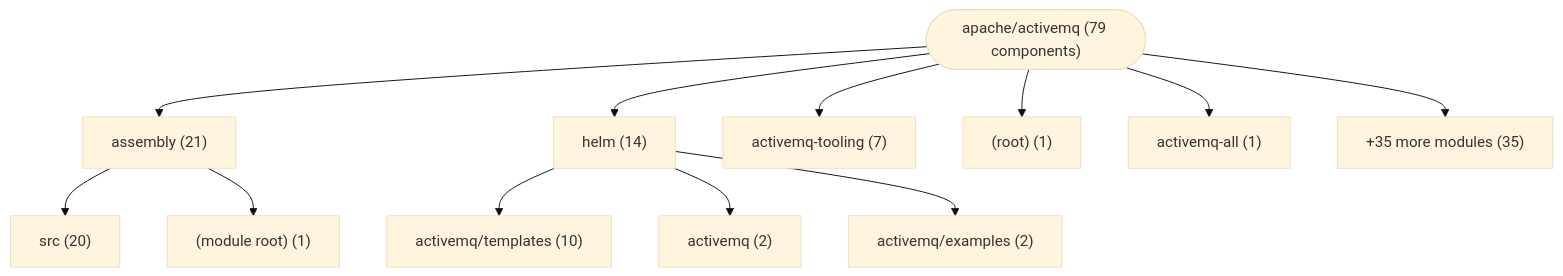
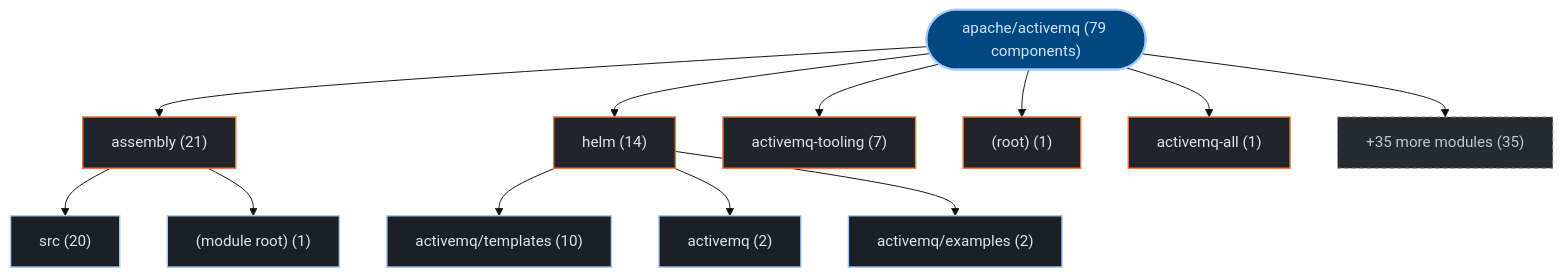
The first of 3 diagrams in exports/latest/reports/apache-activemq-report.md (kumarshaz/atruss-code-atlas), drawn with Mermaid (base theme) before and after one commit. The commit also changed other lines of this file and 331 other files, not shown here.

Commit message:
docs,ui,fix: update SDLC docs, reorder CI/CD DAG first, stylize Mermaid, and fix Arc42 pipeline topology

````diff
--- a/exports/latest/reports/apache-activemq-report.md
+++ b/exports/latest/reports/apache-activemq-report.md
@@ -42,26 +42,33 @@
 ```mermaid
 graph TD;
-    repo_root(["apache/activemq (79 components)"])
-    dir_0_assembly["assembly (21)"]
+  classDef atlasRoot fill:#004882,stroke:#a3c9ff,stroke-width:2px,color:#d3e4ff
+  classDef atlasCategory fill:#212428,stroke:#E87A48,stroke-width:1.5px,color:#dfe3eb
+  classDef atlasWorkflow fill:#1b2026,stroke:#a3c9ff,stroke-width:1.5px,color:#dfe3eb
+  classDef atlasJob fill:#171c22,stroke:#8d9199,stroke-width:1px,color:#dfe3eb
+  classDef atlasTarget fill:#005227,stroke:#8bd99b,stroke-width:1.5px,color:#a7f6b6
+  classDef atlasAlert fill:#93000a,stroke:#ffb4ab,stroke-width:1.5px,color:#ffdad6
+  classDef atlasMore fill:#252a31,stroke:#8d9199,stroke-dasharray:4 4,color:#c3c6cf
+    repo_root(["apache/activemq (79 components)"]):::atlasRoot
+    dir_0_assembly["assembly (21)"]:::atlasCategory
     repo_root --> dir_0_assembly
-    sub_0_0_src["src (20)"]
+    sub_0_0_src["src (20)"]:::atlasWorkflow
     dir_0_assembly --> sub_0_0_src
-    sub_0_1__module_root_["(module root) (1)"]
+    sub_0_1__module_root_["(module root) (1)"]:::atlasWorkflow
     dir_0_assembly --> sub_0_1__module_root_
-    dir_1_helm["helm (14)"]
+    dir_1_helm["helm (14)"]:::atlasCategory
     repo_root --> dir_1_helm
-    sub_1_0_activemq_templates["activemq/templates (10)"]
+    sub_1_0_activemq_templates["activemq/templates (10)"]:::atlasWorkflow
     dir_1_helm --> sub_1_0_activemq_templates
-    sub_1_1_activemq["activemq (2)"]
+    sub_1_1_activemq["activemq (2)"]:::atlasWorkflow
     dir_1_helm --> sub_1_1_activemq
-    sub_1_2_activemq_examples["activemq/examples (2)"]
+    sub_1_2_activemq_examples["activemq/examples (2)"]:::atlasWorkflow
     dir_1_helm --> sub_1_2_activemq_examples
-    dir_2_activemq_tooling["activemq-tooling (7)"]
+    dir_2_activemq_tooling["activemq-tooling (7)"]:::atlasCategory
     repo_root --> dir_2_activemq_tooling
-    dir_3__root_["(root) (1)"]
+    dir_3__root_["(root) (1)"]:::atlasCategory
     repo_root --> dir_3__root_
-    dir_4_activemq_all["activemq-all (1)"]
+    dir_4_activemq_all["activemq-all (1)"]:::atlasCategory
     repo_root --> dir_4_activemq_all
-    dir_other_modules["+35 more modules (35)"]
+    dir_other_modules["+35 more modules (35)"]:::atlasMore
     repo_root --> dir_other_modules
 ```
````
